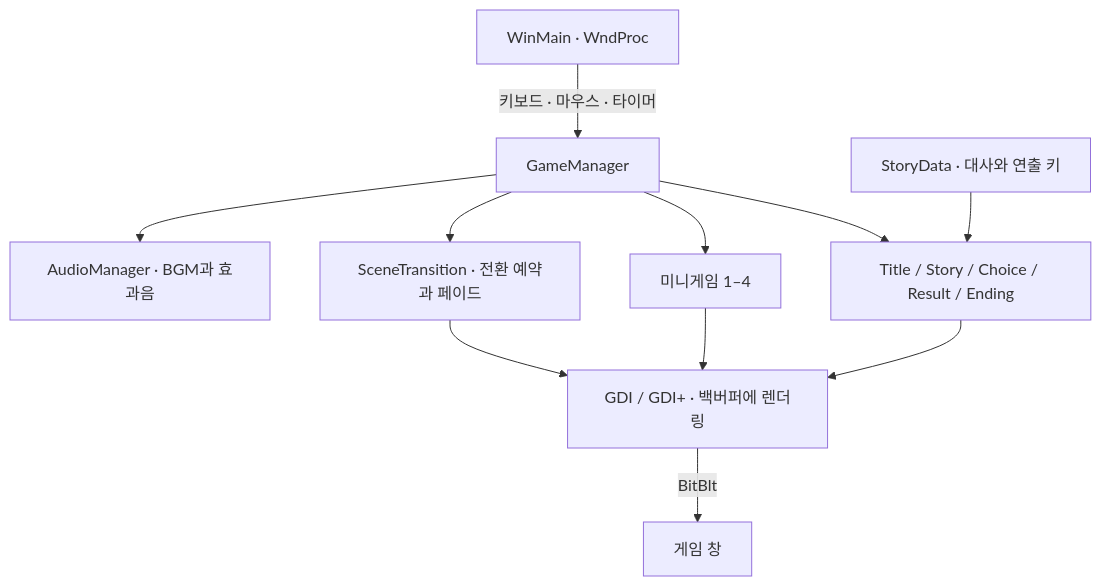
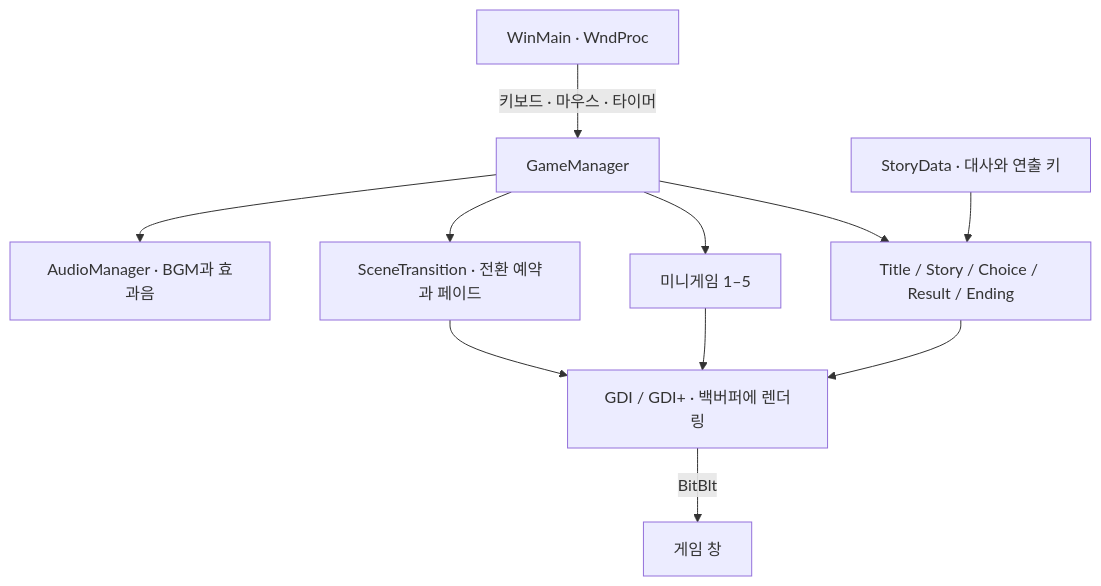
The second of 2 diagrams in README.md (yoon778/26_WinAPI_No_Save_Love_Project), drawn with Mermaid before and after one commit. The commit also changed other lines of this file and 22 other files, not shown here.

````diff
--- a/README.md
+++ b/README.md
@@ -94,13 +97,13 @@
 ```mermaid
 flowchart TD
     W[WinMain · WndProc] -->|키보드 · 마우스 · 타이머| M[GameManager]
     M --> S[Title / Story / Choice / Result / Ending]
-    M --> G[미니게임 1–4]
+    M --> G[미니게임 1–5]
     D[StoryData · 대사와 연출 키] --> S
     M --> T[SceneTransition · 전환 예약과 페이드]
     M --> A[AudioManager · BGM과 효과음]
     S --> R[GDI / GDI+ · 백버퍼에 렌더링]
     G --> R
     T --> R
     R -->|BitBlt| V[게임 창]
 ```
````
